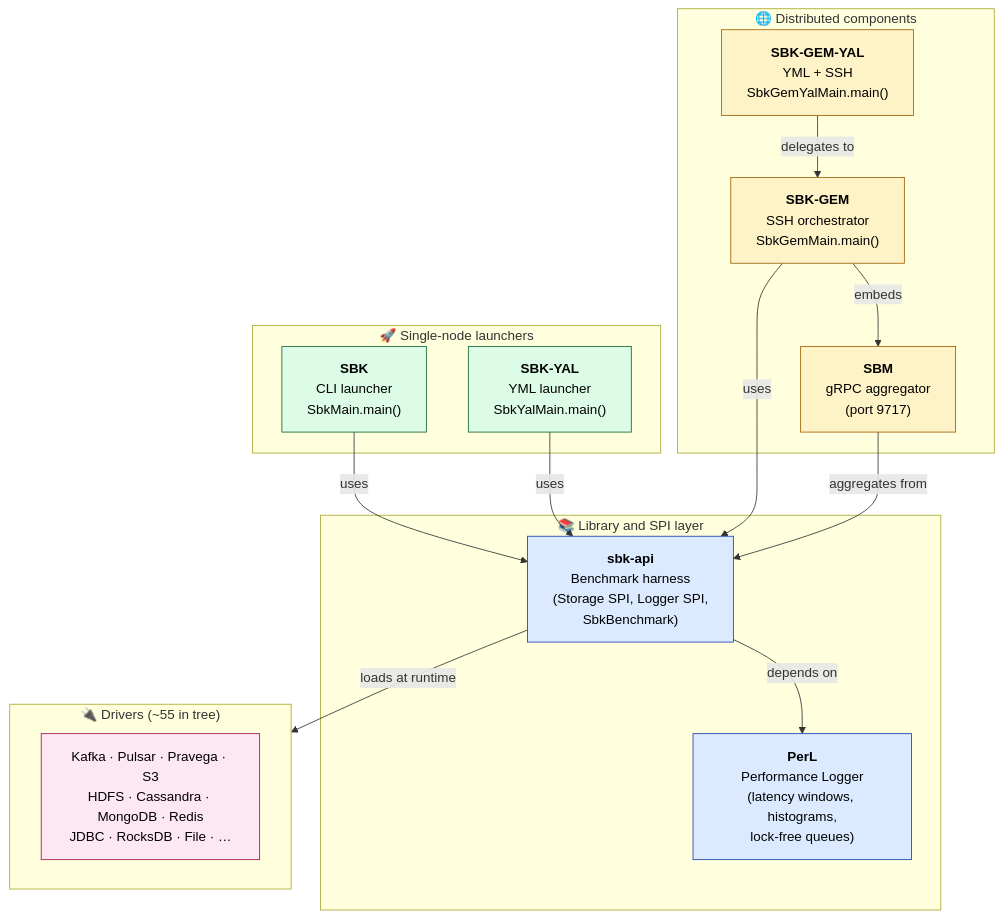
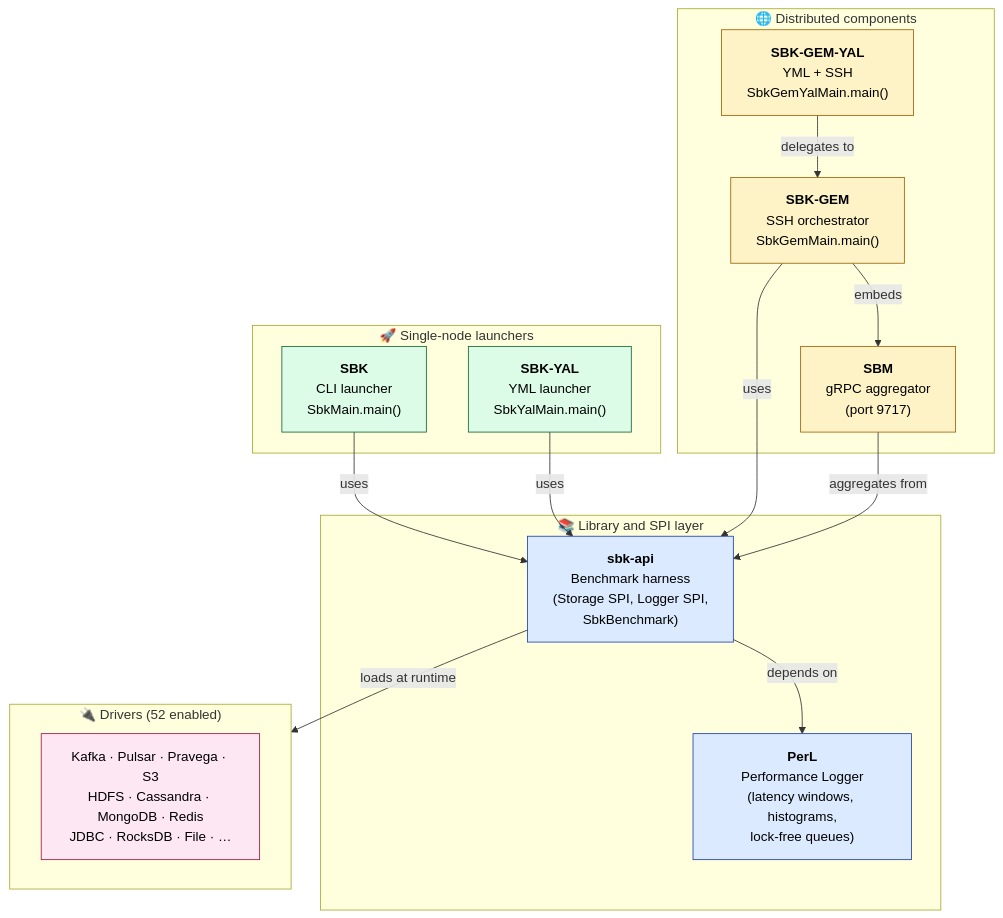
One commit to kmgowda/SBK changed the first of 22 diagrams in docs/sbk-internals.md. Above: the diagram before and after it, drawn with Mermaid. The commit also changed other lines of this file and 39 other files, not shown here.

Commit message:
Improve project architecture documentation

````diff
--- a/docs/sbk-internals.md
+++ b/docs/sbk-internals.md
@@ -141,41 +141,41 @@
 ```mermaid
 flowchart TB
     subgraph LIB["📚 Library and SPI layer"]
         PERL["<b>PerL</b><br/>Performance Logger<br/>(latency windows, histograms,<br/>lock-free queues)"]
         API["<b>sbk-api</b><br/>Benchmark harness<br/>(Storage SPI, Logger SPI,<br/>SbkBenchmark)"]
     end
 
     subgraph LAUNCH["🚀 Single-node launchers"]
         SBK["<b>SBK</b><br/>CLI launcher<br/>SbkMain.main()"]
         YAL["<b>SBK-YAL</b><br/>YML launcher<br/>SbkYalMain.main()"]
     end
 
     subgraph DIST["🌐 Distributed components"]
         SBM["<b>SBM</b><br/>gRPC aggregator<br/>(port 9717)"]
         GEM["<b>SBK-GEM</b><br/>SSH orchestrator<br/>SbkGemMain.main()"]
         GYAL["<b>SBK-GEM-YAL</b><br/>YML + SSH<br/>SbkGemYalMain.main()"]
     end
 
-    subgraph DRIVERS["🔌 Drivers (~55 in tree)"]
+    subgraph DRIVERS["🔌 Drivers (52 enabled)"]
         DRV["Kafka · Pulsar · Pravega · S3<br/>HDFS · Cassandra · MongoDB · Redis<br/>JDBC · RocksDB · File · …"]
     end
 
     API -->|depends on| PERL
     SBK -->|uses| API
     YAL -->|uses| API
     GEM -->|uses| API
     GEM -->|embeds| SBM
     GYAL -->|delegates to| GEM
     SBM -->|aggregates from| API
     API -->|loads at runtime| DRIVERS
 
     classDef lib fill:#dbeafe,stroke:#1e40af,color:#000
     classDef launch fill:#dcfce7,stroke:#166534,color:#000
     classDef dist fill:#fef3c7,stroke:#a16207,color:#000
     classDef drv fill:#fce7f3,stroke:#9d174d,color:#000
 
     class PERL,API lib
     class SBK,YAL launch
     class SBM,GEM,GYAL dist
     class DRV drv
 ```
````
